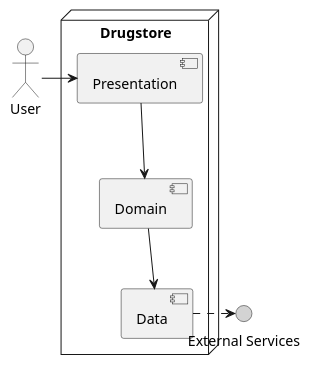
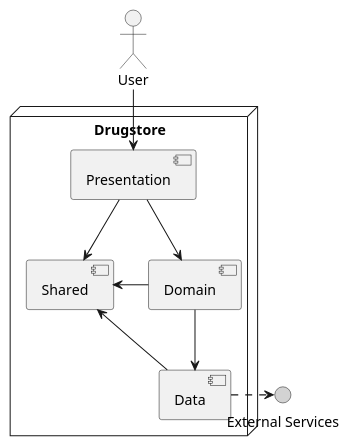
The diagram in docs/building-blocks/building-blocks-1.plantuml (lucahost/drugstore), drawn with PlantUML before and after one commit. The commit also changed 1 other file, not shown here.

```diff
--- a/docs/building-blocks/building-blocks-1.plantuml
+++ b/docs/building-blocks/building-blocks-1.plantuml
@@ -1,18 +1,22 @@
 @startuml
 
 actor "User" as user
 
 interface "External Services" as e #lightgrey
 
 node "Drugstore" as drugstore {
+    component Shared
     component "Presentation" as ui
     component Domain
     component Data
     ui -down-> Domain
     Domain -down-> Data
+    ui -down-> Shared
+    Domain -left-> Shared
+    Data -left-> Shared
 }
 
-user -right-> ui
+user --> ui
 Data .right.> e
 
 @enduml
```
